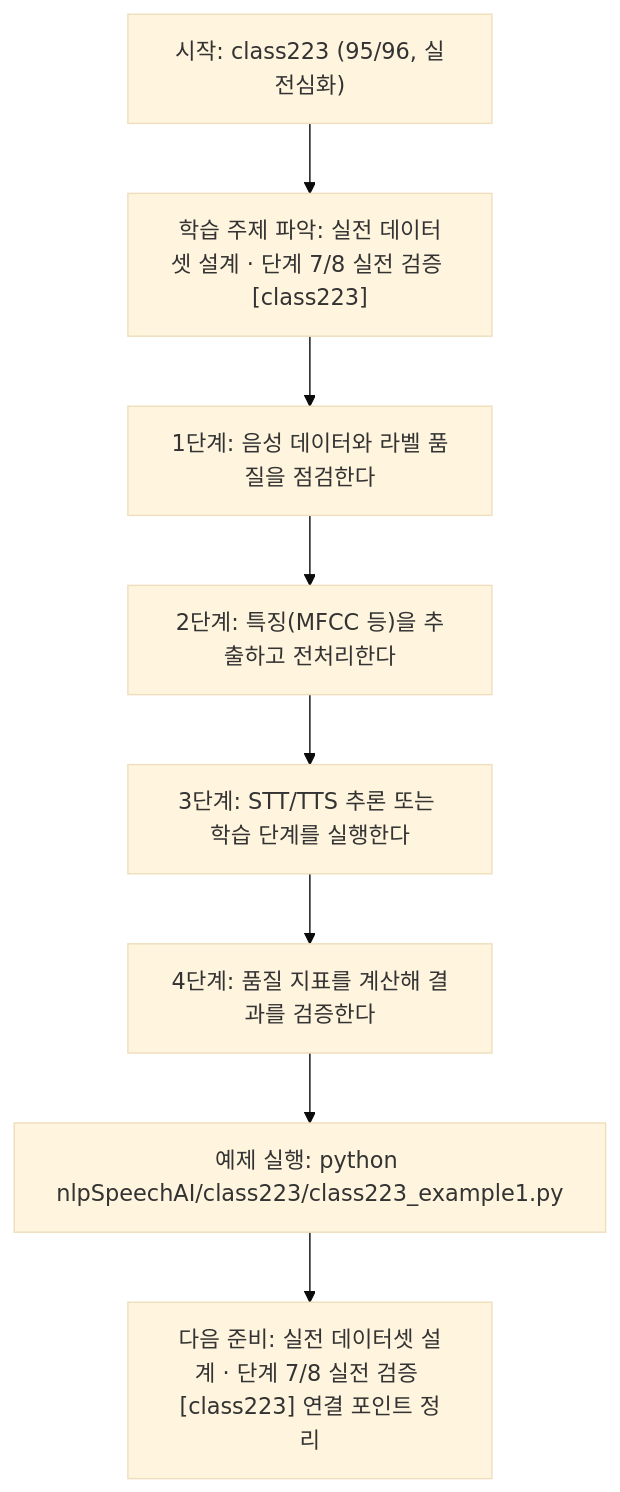
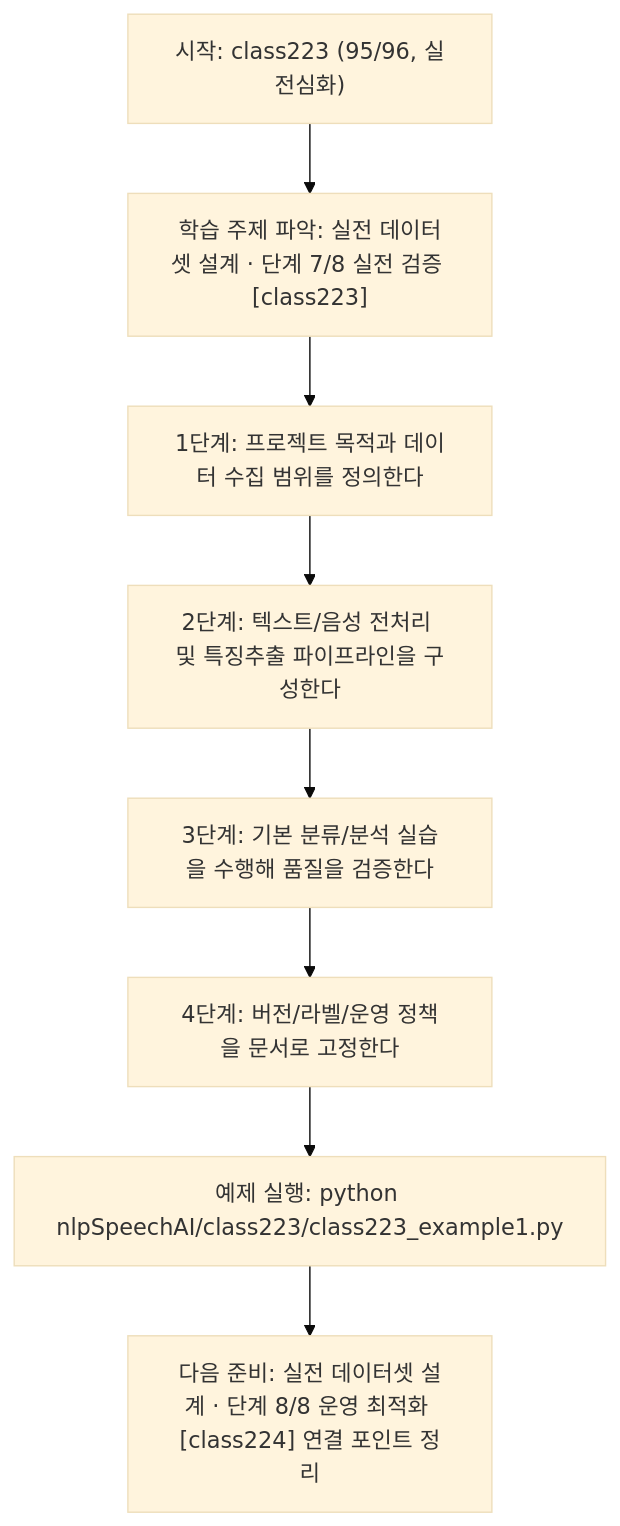
The diagram in nlpSpeechAI/class223/class223.md (edumgt/Python-AI_Agent-Class), drawn with Mermaid (base theme) before and after one commit. The commit also changed other lines of this file and 1122 other files, not shown here.

````diff
--- a/nlpSpeechAI/class223/class223.md
+++ b/nlpSpeechAI/class223/class223.md
@@ -114,18 +95,18 @@
 ```mermaid
 flowchart TD
 N1["시작: class223 (95/96, 실전심화)"]
 N2["학습 주제 파악: 실전 데이터셋 설계 · 단계 7/8 실전 검증 [class223]"]
-N3["1단계: 음성 데이터와 라벨 품질을 점검한다"]
-N4["2단계: 특징(MFCC 등)을 추출하고 전처리한다"]
-N5["3단계: STT/TTS 추론 또는 학습 단계를 실행한다"]
-N6["4단계: 품질 지표를 계산해 결과를 검증한다"]
+N3["1단계: 프로젝트 목적과 데이터 수집 범위를 정의한다"]
+N4["2단계: 텍스트/음성 전처리 및 특징추출 파이프라인을 구성한다"]
+N5["3단계: 기본 분류/분석 실습을 수행해 품질을 검증한다"]
+N6["4단계: 버전/라벨/운영 정책을 문서로 고정한다"]
 N7["예제 실행: python nlpSpeechAI/class223/class223_example1.py"]
-N8["다음 준비: 실전 데이터셋 설계 · 단계 7/8 실전 검증 [class223] 연결 포인트 정리"]
+N8["다음 준비: 실전 데이터셋 설계 · 단계 8/8 운영 최적화 [class224] 연결 포인트 정리"]
 N1 --> N2
 N2 --> N3
 N3 --> N4
 N4 --> N5
 N5 --> N6
 N6 --> N7
 N7 --> N8
 ```
````
